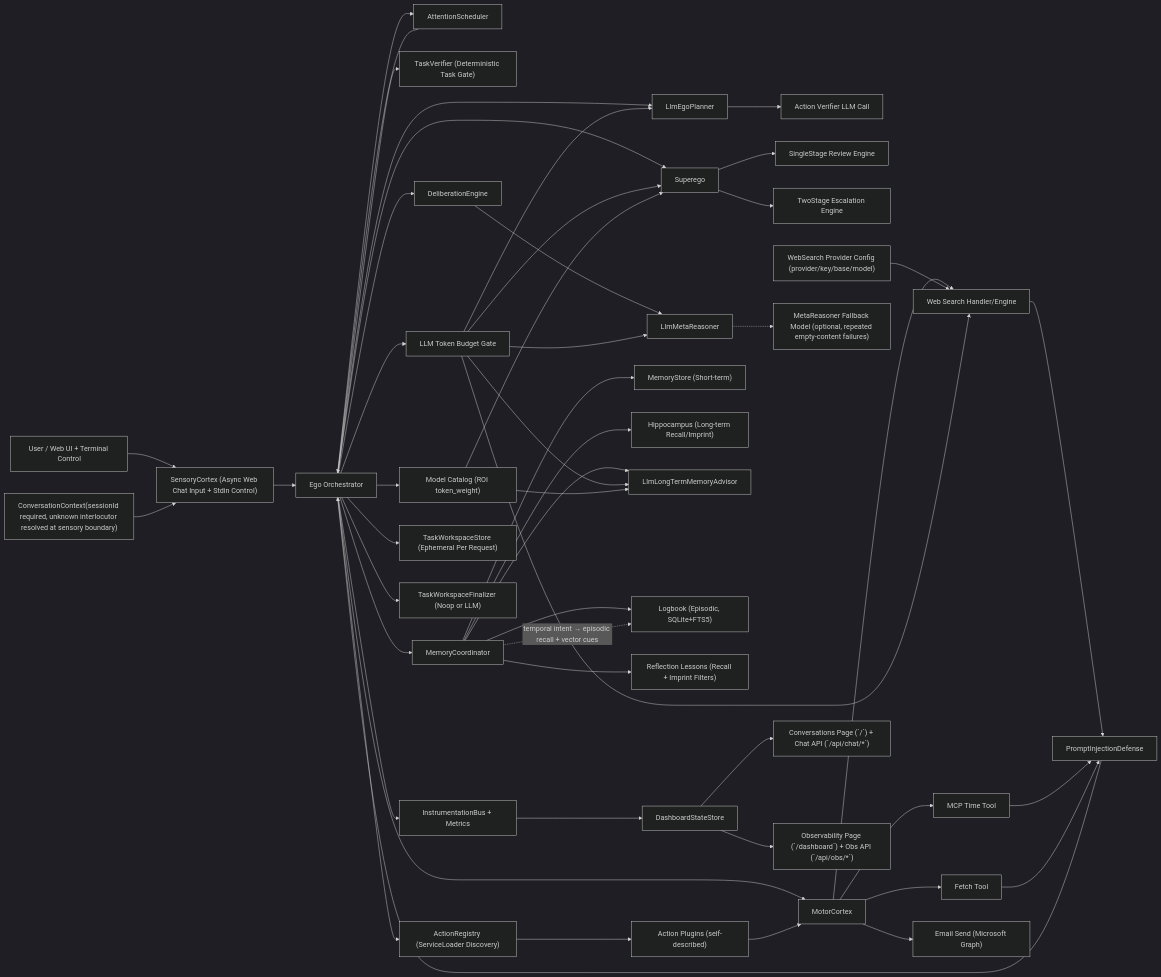
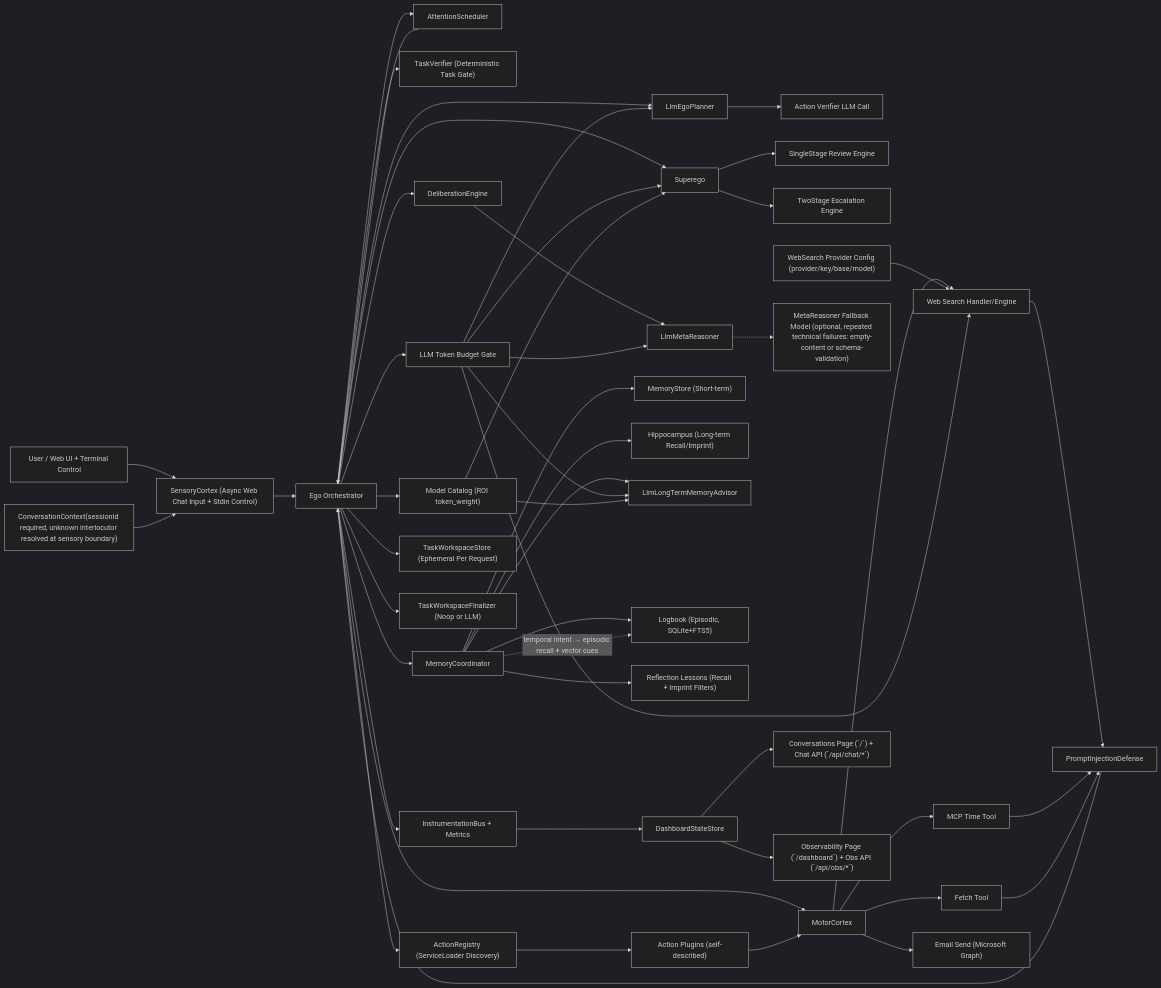
One commit to neopsyke/NeoPsyke changed the first of 6 diagrams in AGENT_LOGIC_DIAGRAM.md. Above: the diagram before and after it, drawn with Mermaid (dark theme). The commit also changed other lines of this file and 14 other files, not shown here.

First line of the commit message:
fix(meta-reasoner): harden structured-output reliability and raise reason cap

````diff
--- a/AGENT_LOGIC_DIAGRAM.md
+++ b/AGENT_LOGIC_DIAGRAM.md
@@ -8,60 +8,60 @@
 ```mermaid
 flowchart LR
     U["User / Web UI + Terminal Control"] --> SC["SensoryCortex (Async Web Chat Input + Stdin Control)"]
     SC --> E["Ego Orchestrator"]
     NoteCtx["ConversationContext(sessionId required, unknown interlocutor resolved at sensory boundary)"] --> SC
 
     E --> AS["AttentionScheduler"]
     AS --> E
 
     E --> P["LlmEgoPlanner"]
     P --> AV["Action Verifier LLM Call"]
     E --> TV["TaskVerifier (Deterministic Task Gate)"]
     E --> S["Superego"]
     S --> S1["SingleStage Review Engine"]
     S --> S2["TwoStage Escalation Engine"]
     E --> AR["ActionRegistry (ServiceLoader Discovery)"]
     E --> M["MotorCortex"]
     E --> BG["LLM Token Budget Gate"]
     E --> MCat["Model Catalog (ROI token_weight)"]
 
     E --> DE["DeliberationEngine"]
     DE --> MR["LlmMetaReasoner"]
-    MR -.-> MRF["MetaReasoner Fallback Model (optional, repeated empty-content failures)"]
+    MR -.-> MRF["MetaReasoner Fallback Model (optional, repeated technical failures: empty-content or schema-validation)"]
 
     E --> MC["MemoryCoordinator"]
     MC --> MS["MemoryStore (Short-term)"]
     MC --> H["Hippocampus (Long-term Recall/Imprint)"]
     MC --> LTM["LlmLongTermMemoryAdvisor"]
     MC --> LB["Logbook (Episodic, SQLite+FTS5)"]
     MC --> RL["Reflection Lessons (Recall + Imprint Filters)"]
     MC -.->|"temporal intent → episodic recall + vector cues"| LB
     E --> TWS["TaskWorkspaceStore (Ephemeral Per Request)"]
     E --> TWF["TaskWorkspaceFinalizer (Noop or LLM)"]
 
     AR --> AP["Action Plugins (self-described)"]
     AP --> M
 
     M --> WS["Web Search Handler/Engine"]
     CfgWS["WebSearch Provider Config (provider/key/base/model)"] --> WS
     M --> MT["MCP Time Tool"]
     M --> MF["Fetch Tool"]
     M --> EM["Email Send (Microsoft Graph)"]
     WS --> PID["PromptInjectionDefense"]
     MT --> PID
     MF --> PID
     PID --> E
 
     BG --> P
     BG --> S
     BG --> MR
     BG --> LTM
     BG --> WS
     MCat --> S
     MCat --> LTM
 
     E --> I["InstrumentationBus + Metrics"]
     I --> DS["DashboardStateStore"]
     DS --> CP["Conversations Page (`/`) + Chat API (`/api/chat/*`)"]
     DS --> OP["Observability Page (`/dashboard`) + Obs API (`/api/obs/*`)"]
 ```
````
